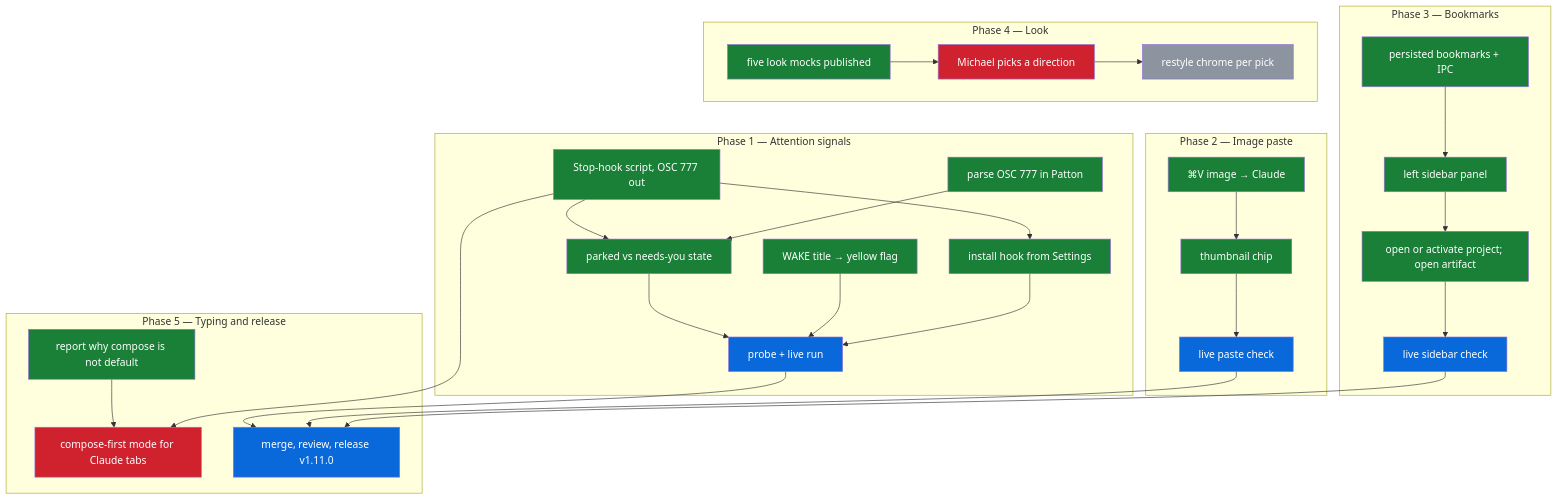
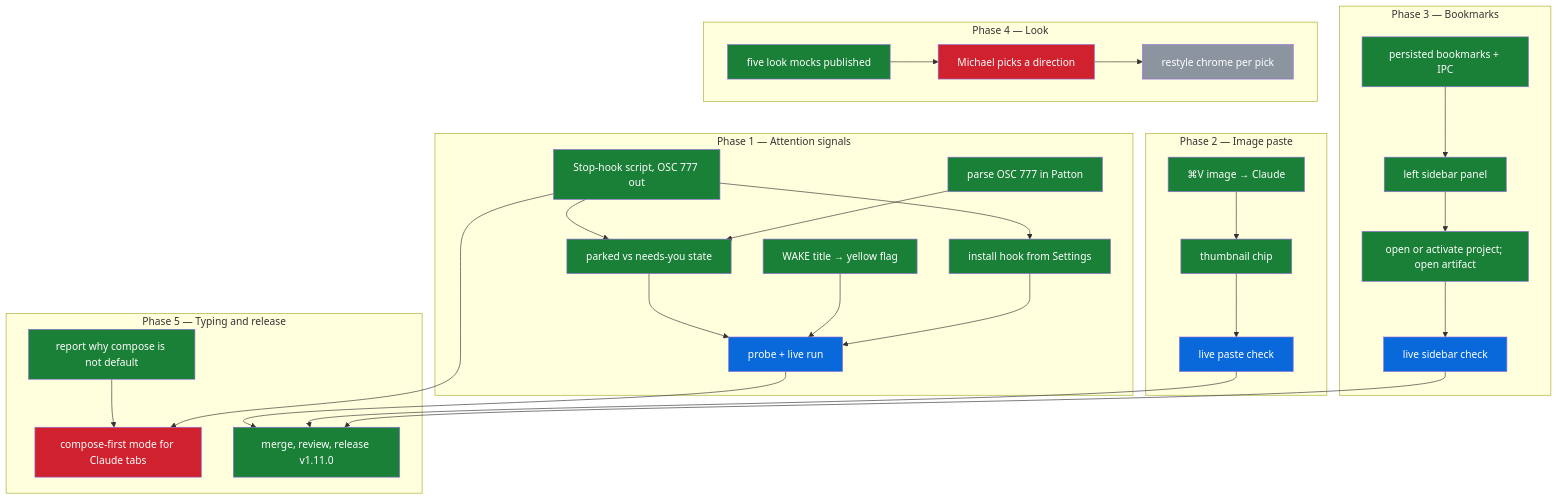
Before and after one commit to michaeljryoung/patton: the diagram in docs/NEXT_STEPS.md, drawn with Mermaid. The commit also changed other lines of this file and 1 other file, not shown here.

Commit message:
Map: v1.11.0 released, cask updated [no-release]

````diff
--- a/docs/NEXT_STEPS.md
+++ b/docs/NEXT_STEPS.md
@@ -10,56 +10,56 @@
 ```mermaid
 flowchart TD
   subgraph P1["Phase 1 — Attention signals"]
     hook_script[Stop-hook script, OSC 777 out]:::done
     osc777_parse[parse OSC 777 in Patton]:::done
     parked_state[parked vs needs-you state]:::done
     wake_yellow[WAKE title → yellow flag]:::done
     hook_install[install hook from Settings]:::done
     signals_verify[probe + live run]:::live
   end
   subgraph P2["Phase 2 — Image paste"]
     image_paste[⌘V image → Claude]:::done
     paste_thumbnail[thumbnail chip]:::done
     paste_verify[live paste check]:::live
   end
   subgraph P3["Phase 3 — Bookmarks"]
     bookmarks_store[persisted bookmarks + IPC]:::done
     bookmarks_panel[left sidebar panel]:::done
     bookmark_open[open or activate project; open artifact]:::done
     bookmarks_verify[live sidebar check]:::live
   end
   subgraph P4["Phase 4 — Look"]
     look_mocks[five look mocks published]:::done
     look_pick[Michael picks a direction]:::blocked
     look_implement[restyle chrome per pick]:::todo
   end
   subgraph P5["Phase 5 — Typing and release"]
     compose_reason[report why compose is not default]:::done
     compose_default[compose-first mode for Claude tabs]:::blocked
-    merge_release[merge, review, release v1.11.0]:::live
+    merge_release[merge, review, release v1.11.0]:::done
   end
   hook_script --> parked_state
   osc777_parse --> parked_state
   hook_script --> hook_install
   parked_state --> signals_verify
   wake_yellow --> signals_verify
   hook_install --> signals_verify
   image_paste --> paste_thumbnail
   paste_thumbnail --> paste_verify
   bookmarks_store --> bookmarks_panel
   bookmarks_panel --> bookmark_open
   bookmark_open --> bookmarks_verify
   look_mocks --> look_pick
   look_pick --> look_implement
   compose_reason --> compose_default
   hook_script --> compose_default
   signals_verify --> merge_release
   paste_verify --> merge_release
   bookmarks_verify --> merge_release
   classDef done fill:#1a7f37,color:#fff
   classDef live fill:#0969da,color:#fff
   classDef todo fill:#8c959f,color:#fff
   classDef blocked fill:#cf222e,color:#fff
   classDef dropped fill:#eaeef2,color:#57606a
   classDef superseded fill:#eaeef2,color:#57606a
 ```
````
